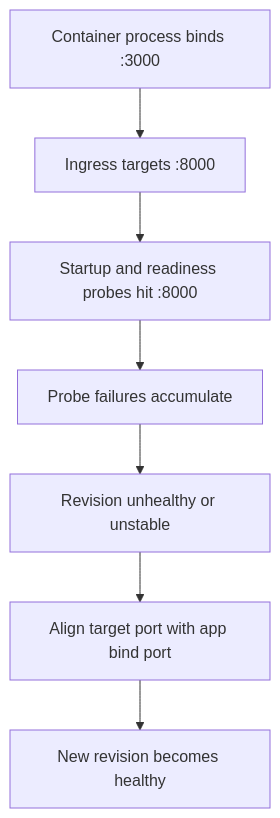
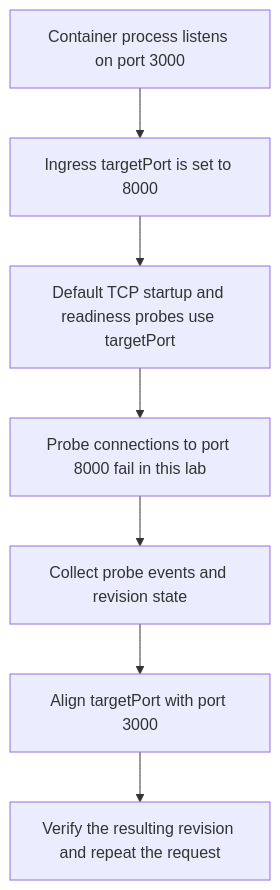
One commit to yeongseon/azure-container-apps-practical-guide changed the diagram in docs/troubleshooting/lab-guides/probe-and-port-mismatch.md. Above: the diagram before and after it, drawn with Mermaid. The commit also changed other lines of this file and 25 other files, not shown here.

Commit message:
docs(diagrams): migrate lab guide diagrams (#624)

````diff
--- a/docs/troubleshooting/lab-guides/probe-and-port-mismatch.md
+++ b/docs/troubleshooting/lab-guides/probe-and-port-mismatch.md
@@ -58,9 +58,9 @@
 ```mermaid
 flowchart TD
-    A[Container process binds :3000] --> B[Ingress targets :8000]
-    B --> C[Startup and readiness probes hit :8000]
-    C --> D[Probe failures accumulate]
-    D --> E[Revision unhealthy or unstable]
-    E --> F[Align target port with app bind port]
-    F --> G[New revision becomes healthy]
+    PROCESS["Container process listens on port 3000"] --> CONFIG["Ingress targetPort is set to 8000"]
+    CONFIG --> PROBES["Default TCP startup and readiness probes use targetPort"]
+    PROBES --> FAILURE["Probe connections to port 8000 fail in this lab"]
+    FAILURE --> EVIDENCE["Collect probe events and revision state"]
+    EVIDENCE --> FIX["Align targetPort with port 3000"]
+    FIX --> VERIFY["Verify the resulting revision and repeat the request"]
 ```
````
